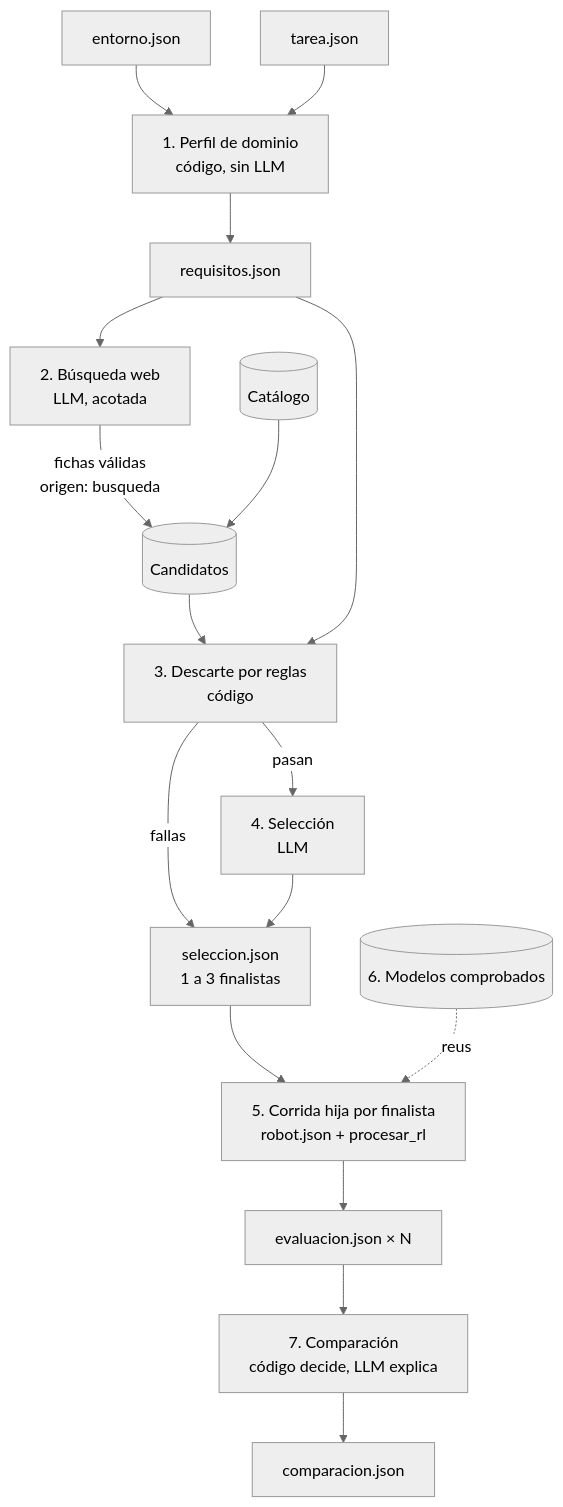
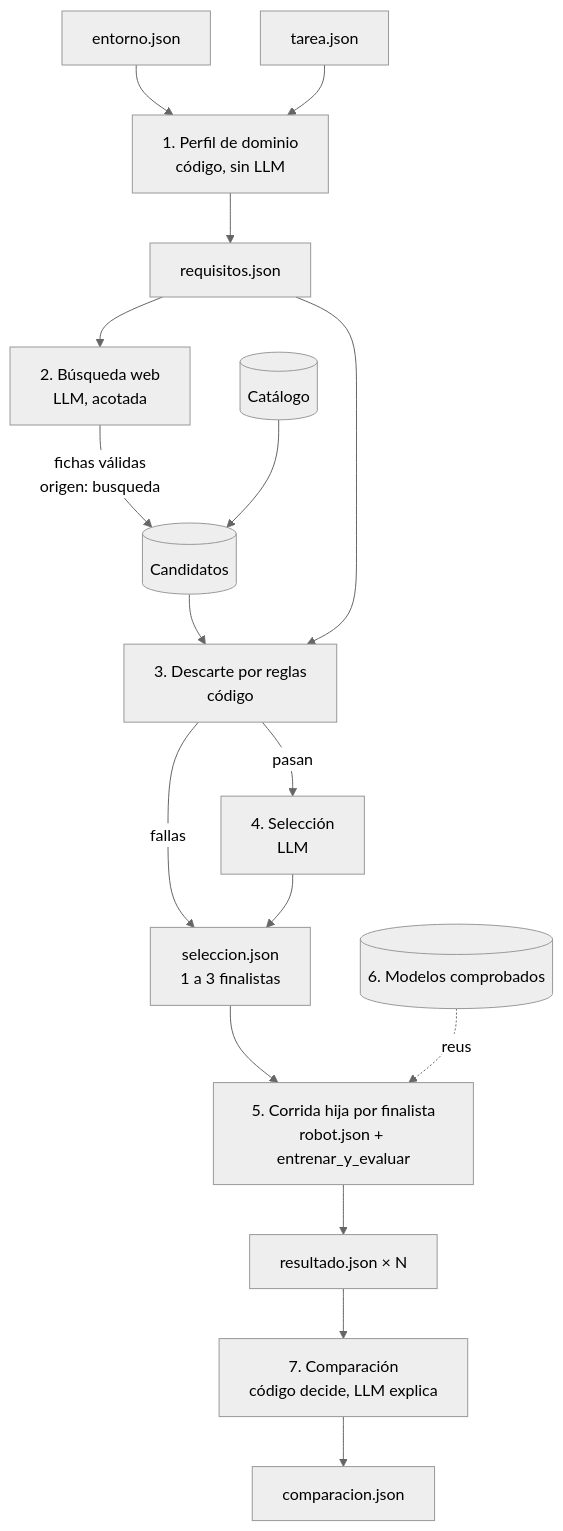
Before and after one commit to platanus-hack/platanus-hack-26-cl-team-4: the first of 3 diagrams in docs/agentes/seleccion-robot.md, drawn with Mermaid (neutral theme). The commit also changed other lines of this file and 5 other files, not shown here.

````diff
--- a/docs/agentes/seleccion-robot.md
+++ b/docs/agentes/seleccion-robot.md
@@ -26,19 +27,19 @@
 ```mermaid
 flowchart TD
   E[entorno.json] --> P["1. Perfil de dominio<br/>código, sin LLM"]
   T[tarea.json] --> P
   P --> RQ[requisitos.json]
   RQ --> B["2. Búsqueda web<br/>LLM, acotada"]
   B -->|fichas válidas<br/>origen: busqueda| CAND[(Candidatos)]
   CAT[(Catálogo)] --> CAND
   CAND --> D["3. Descarte por reglas<br/>código"]
   RQ --> D
   D -->|pasan| S["4. Selección<br/>LLM"]
   D -->|fallas| SEL
   S --> SEL["seleccion.json<br/>1 a 3 finalistas"]
-  SEL --> H["5. Corrida hija por finalista<br/>robot.json + procesar_rl"]
+  SEL --> H["5. Corrida hija por finalista<br/>robot.json + entrenar_y_evaluar"]
   REG[("6. Modelos comprobados")] -.reuso.-> H
-  H --> EV[evaluacion.json × N]
+  H --> EV[resultado.json × N]
   EV --> C["7. Comparación<br/>código decide, LLM explica"]
   C --> CO[comparacion.json]
 ```
````
